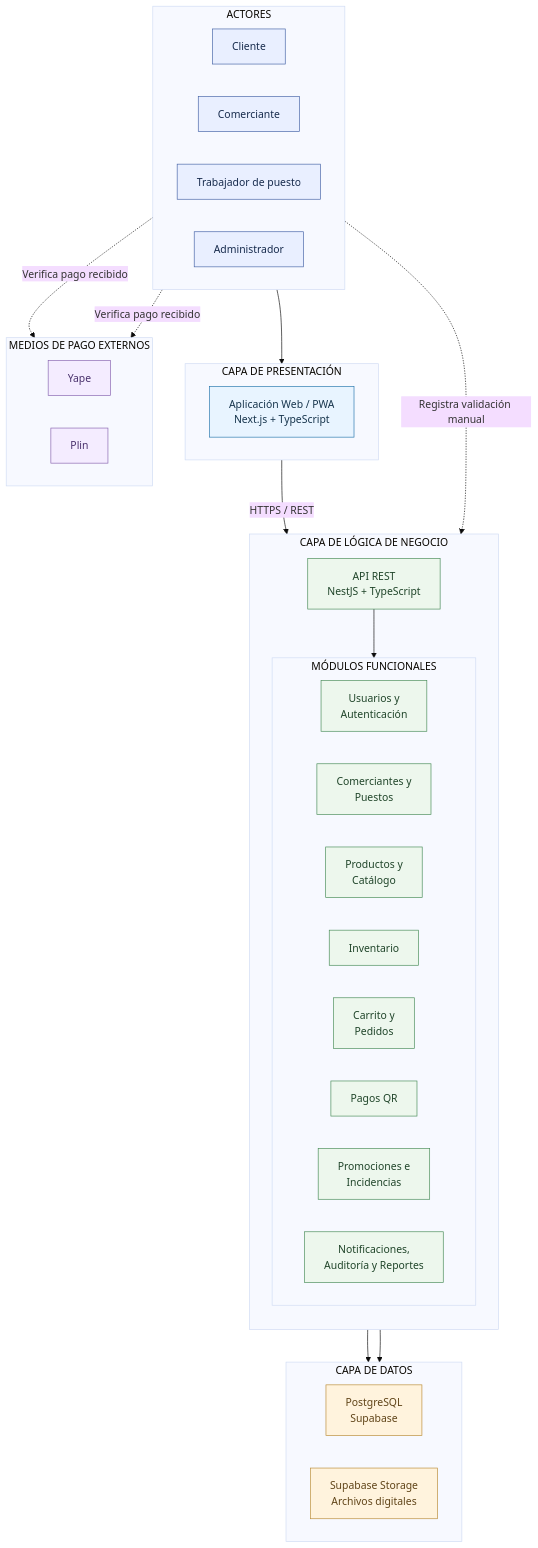
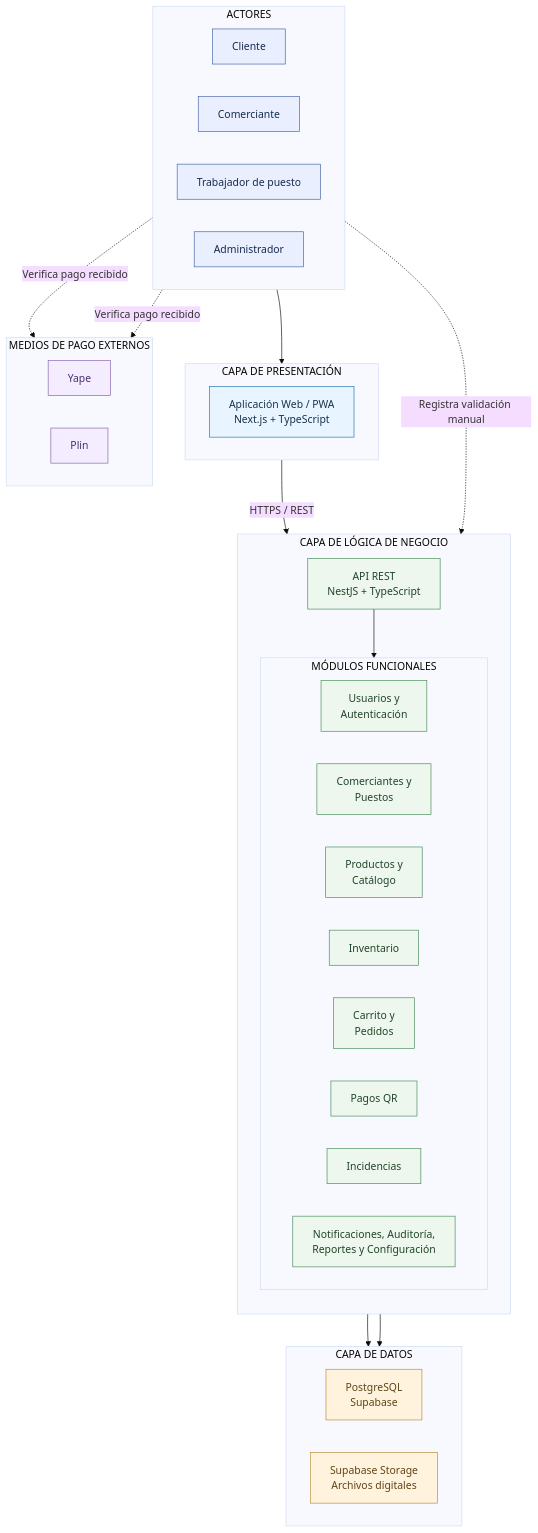
Before and after one commit to DheanFernandez/mercado-multivendedor: the diagram in docs/02-arquitectura-software/arquitectura-inicial.md, drawn with Mermaid (base theme). The commit also changed other lines of this file and 6 other files, not shown here.

````diff
--- a/docs/02-arquitectura-software/arquitectura-inicial.md
+++ b/docs/02-arquitectura-software/arquitectura-inicial.md
@@ -189,71 +189,71 @@
 ```mermaid
 flowchart TB
 
     subgraph ACT["ACTORES"]
         direction LR
         C["Cliente"]
         CM["Comerciante"]
         T["Trabajador de puesto"]
         A["Administrador"]
     end
 
     subgraph PRE["CAPA DE PRESENTACIÓN"]
         direction LR
         WEB["Aplicación Web / PWA<br/>Next.js + TypeScript"]
     end
 
     subgraph NEG["CAPA DE LÓGICA DE NEGOCIO"]
         direction TB
 
         API["API REST<br/>NestJS + TypeScript"]
 
         subgraph MOD["MÓDULOS FUNCIONALES"]
             direction LR
 
             M1["Usuarios y<br/>Autenticación"]
             M2["Comerciantes y<br/>Puestos"]
             M3["Productos y<br/>Catálogo"]
             M4["Inventario"]
             M5["Carrito y<br/>Pedidos"]
             M6["Pagos QR"]
-            M7["Promociones e<br/>Incidencias"]
-            M8["Notificaciones,<br/>Auditoría y Reportes"]
+            M7["Incidencias"]
+            M8["Notificaciones, Auditoría,<br/>Reportes y Configuración"]
         end
     end
 
     subgraph DAT["CAPA DE DATOS"]
         direction LR
         DB["PostgreSQL<br/>Supabase"]
         ST["Supabase Storage<br/>Archivos digitales"]
     end
 
     subgraph EXT["MEDIOS DE PAGO EXTERNOS"]
         direction LR
         Y["Yape"]
         P["Plin"]
     end
 
     ACT --> WEB
     WEB -->|"HTTPS / REST"| API
 
     API --> MOD
     MOD --> DB
     MOD --> ST
 
     CM -.->|"Verifica pago recibido"| Y
     CM -.->|"Verifica pago recibido"| P
 
     CM -.->|"Registra validación manual"| M6
 
     classDef actor fill:#e9efff,stroke:#4361a5,color:#172b4d
     classDef frontend fill:#e8f4ff,stroke:#2374ab,color:#17354d
     classDef backend fill:#edf7ed,stroke:#458a55,color:#20452a
     classDef data fill:#fff3dd,stroke:#b88a34,color:#604418
     classDef external fill:#f4ecff,stroke:#8662ae,color:#49316c
 
     class C,CM,T,A actor
     class WEB frontend
     class API,M1,M2,M3,M4,M5,M6,M7,M8 backend
     class DB,ST data
     class Y,P external
 ```
````
